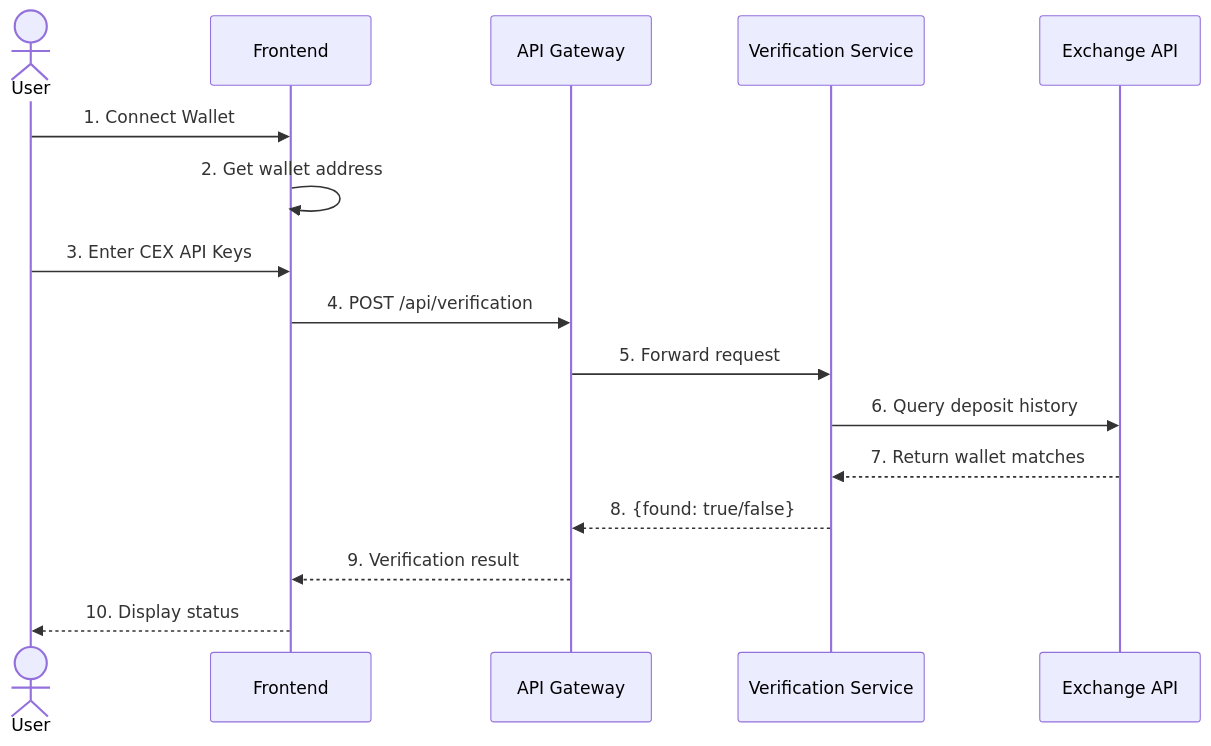
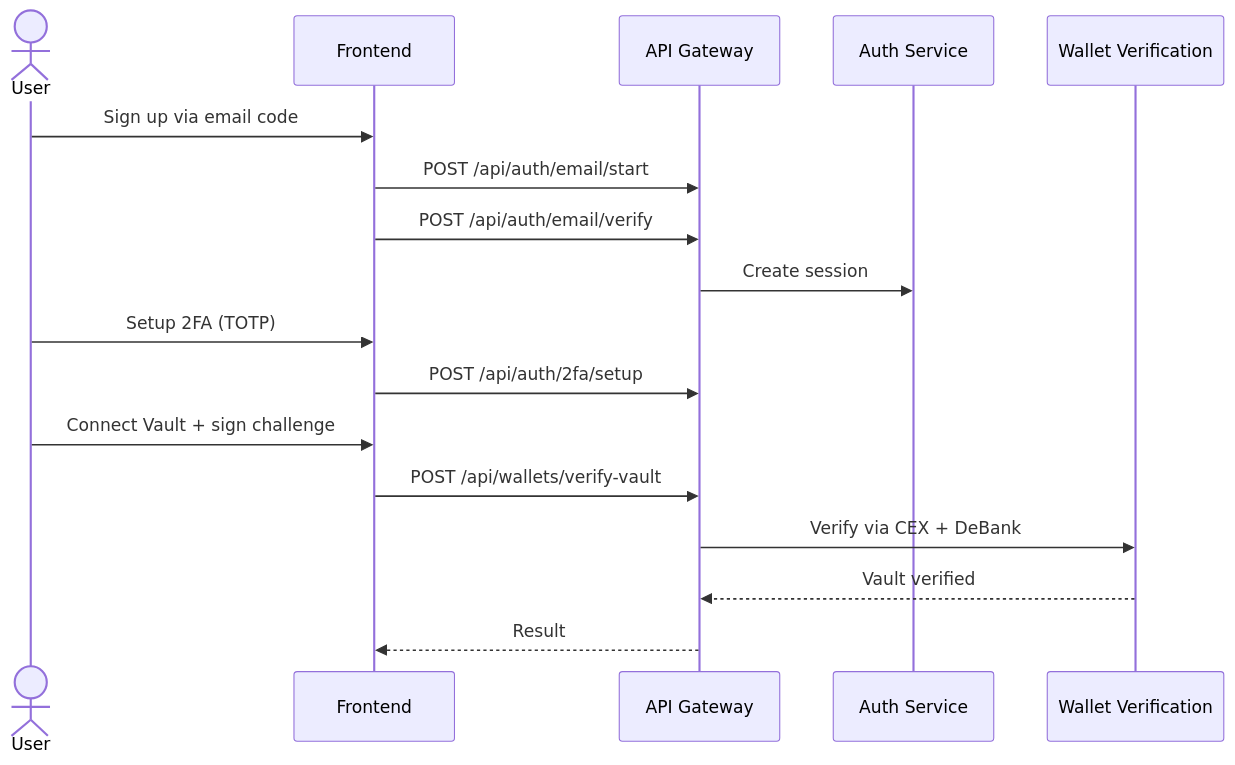
The second of 4 diagrams in docs/workflow.md (shark-research/safedrop-app), drawn with Mermaid before and after one commit. The commit also changed other lines of this file and 47 other files, not shown here.

````diff
--- a/docs/workflow.md
+++ b/docs/workflow.md
@@ -76,19 +54,21 @@
 ```mermaid
 sequenceDiagram
     actor U as User
     participant FE as Frontend
     participant GW as API Gateway
-    participant VS as Verification Service
-    participant EX as Exchange API
-    
-    U->>FE: 1. Connect Wallet
-    FE->>FE: 2. Get wallet address
-    U->>FE: 3. Enter CEX API Keys
-    FE->>GW: 4. POST /api/verification
-    GW->>VS: 5. Forward request
-    VS->>EX: 6. Query deposit history
-    EX-->>VS: 7. Return wallet matches
-    VS-->>GW: 8. {found: true/false}
-    GW-->>FE: 9. Verification result
-    FE-->>U: 10. Display status
+    participant AUTH as Auth Service
+    participant WV as Wallet Verification
+
+    U->>FE: Sign up via email code
+    FE->>GW: POST /api/auth/email/start
+    FE->>GW: POST /api/auth/email/verify
+    GW->>AUTH: Create session
+    U->>FE: Setup 2FA (TOTP)
+    FE->>GW: POST /api/auth/2fa/setup
+
+    U->>FE: Connect Vault + sign challenge
+    FE->>GW: POST /api/wallets/verify-vault
+    GW->>WV: Verify via CEX + DeBank
+    WV-->>GW: Vault verified
+    GW-->>FE: Result
 ```
````
